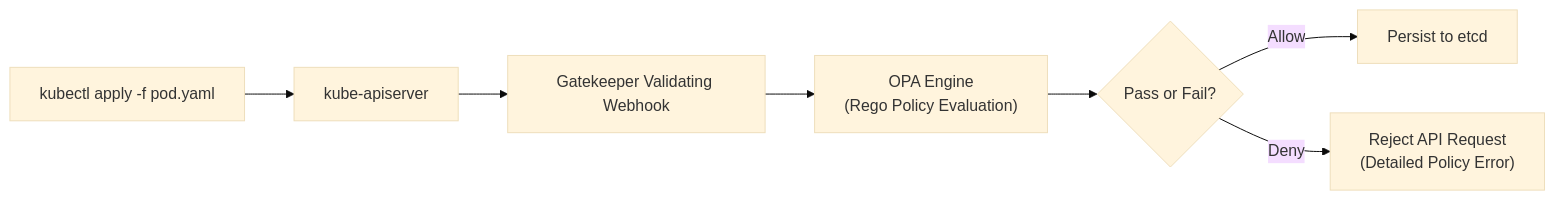
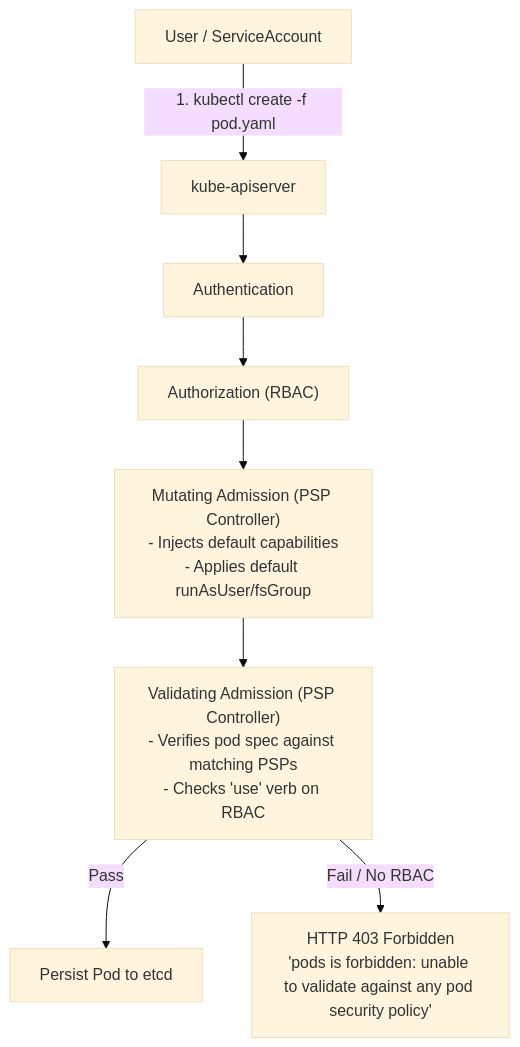
One commit to kmashour/BrainDump changed the first of 6 diagrams in Reference Notes/0-7-2_pod_security_standards_and_admission.md. Above: the diagram before and after it, drawn with Mermaid (base theme). The commit also changed other lines of this file and 10 other files, not shown here.

Commit message:
docs(cks): complete masterclass ingestion of Module 4 Pod Security Policies (PSP) and PSS/PSA evolutionary bridge

````diff
--- a/Reference Notes/0-7-2_pod_security_standards_and_admission.md
+++ b/Reference Notes/0-7-2_pod_security_standards_and_admission.md
@@ -409,9 +97,10 @@
 ```mermaid
-flowchart LR
-    Manifest["kubectl apply -f pod.yaml"] --> API["kube-apiserver"]
-    API --> Webhook["Gatekeeper Validating Webhook"]
-    Webhook --> Rego["OPA Engine\n(Rego Policy Evaluation)"]
-    Rego --> Decision{"Pass or Fail?"}
-    Decision -- Allow --> etcd["Persist to etcd"]
-    Decision -- Deny --> Reject["Reject API Request\n(Detailed Policy Error)"]
+flowchart TD
+    User["User / ServiceAccount"] -->|1. kubectl create -f pod.yaml| API["kube-apiserver"]
+    API --> AuthN["Authentication"]
+    AuthN --> AuthZ["Authorization (RBAC)"]
+    AuthZ --> Mutate["Mutating Admission (PSP Controller)\n- Injects default capabilities\n- Applies default runAsUser/fsGroup"]
+    Mutate --> Validate["Validating Admission (PSP Controller)\n- Verifies pod spec against matching PSPs\n- Checks 'use' verb on RBAC"]
+    Validate -->|Pass| etcd["Persist Pod to etcd"]
+    Validate -->|Fail / No RBAC| Reject["HTTP 403 Forbidden\n'pods is forbidden: unable to validate against any pod security policy'"]
 ```
````
